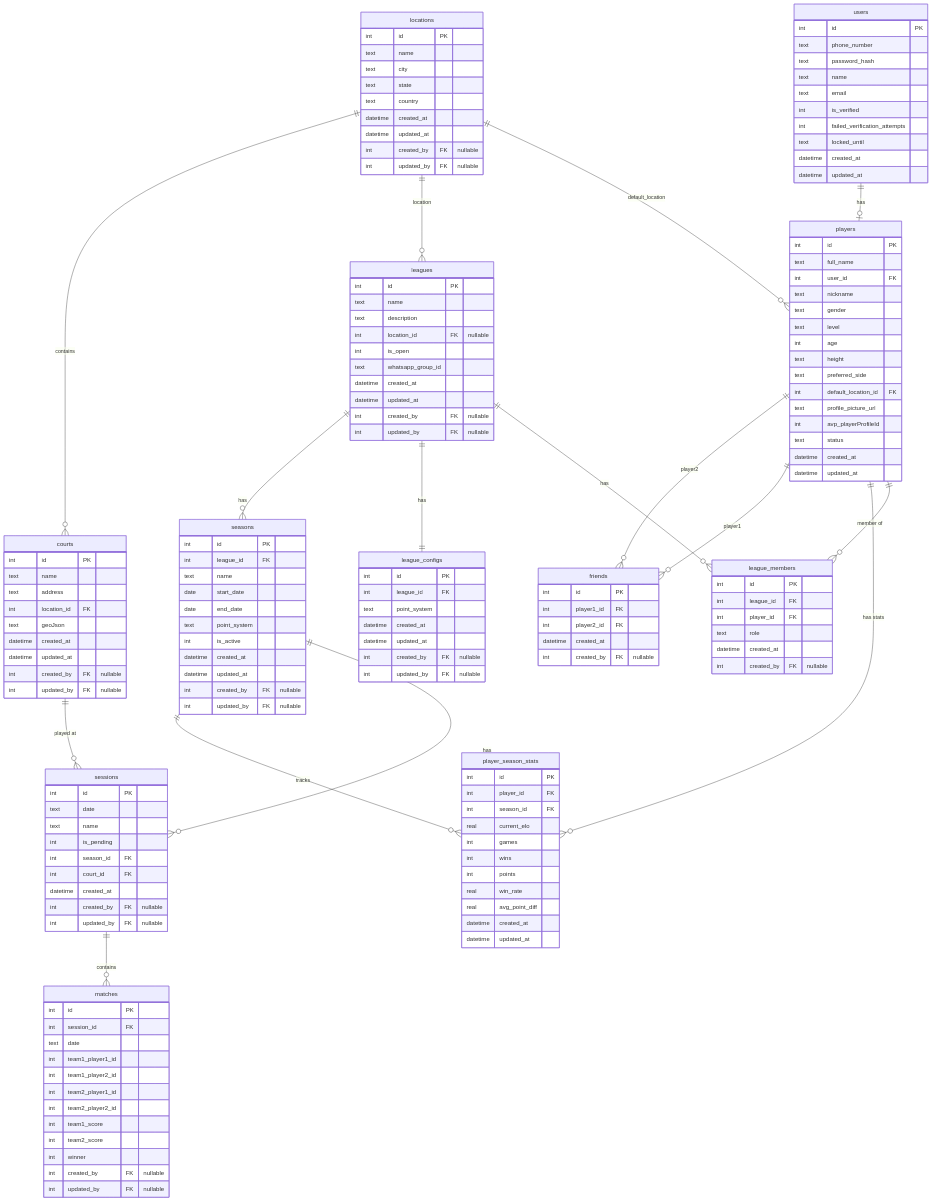
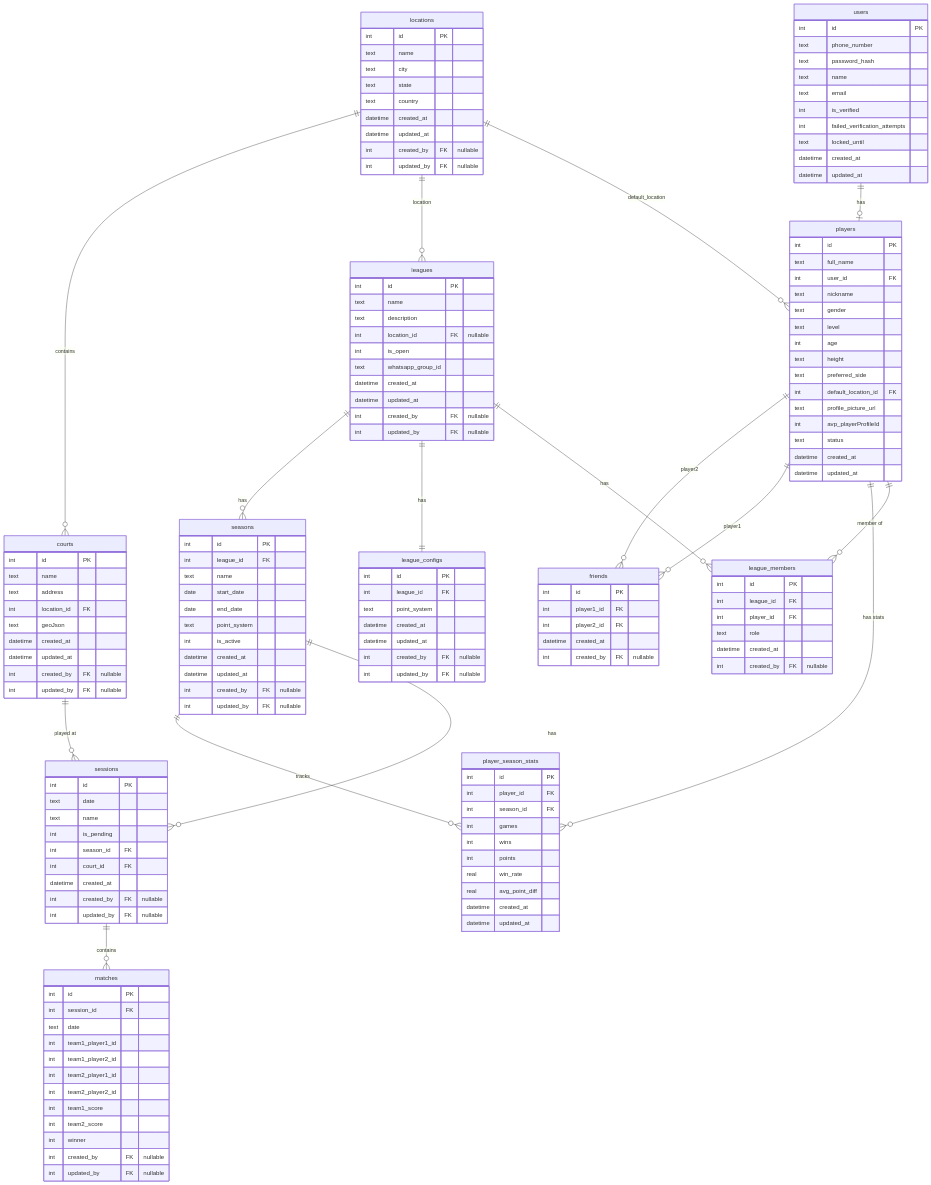
The diagram in DATABASE_SCHEMA.md (pschwagler/beach-kings), drawn with Mermaid before and after one commit. The commit also changed other lines of this file and 8 other files, not shown here.

```diff
--- a/DATABASE_SCHEMA.md
+++ b/DATABASE_SCHEMA.md
@@ -113,7 +113,6 @@
         int id PK
         int player_id FK
         int season_id FK
-        real current_elo
         int games
         int wins
         int points
```
